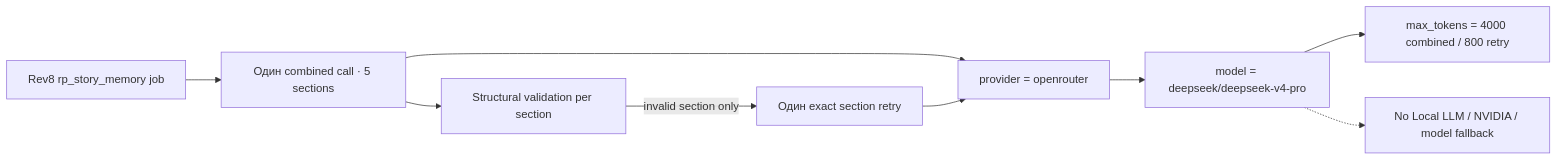
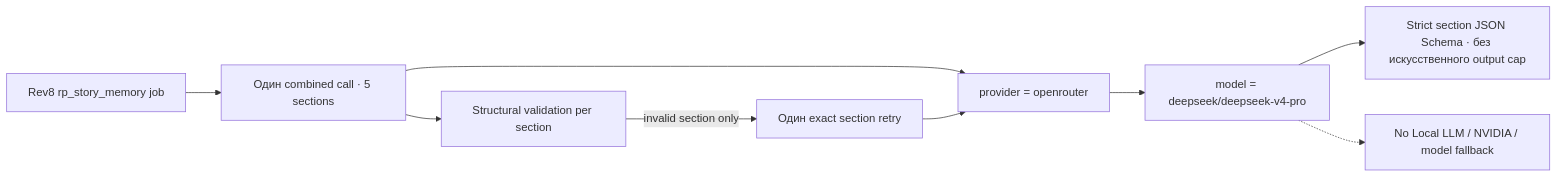
One commit to abykovwww-byte/ubuntu_ansible_palybooks changed the second of 4 diagrams in docs/wiki/06-models-and-providers.md. Above: the diagram before and after it, drawn with Mermaid. The commit also changed other lines of this file and 10 other files, not shown here.

````diff
--- a/docs/wiki/06-models-and-providers.md
+++ b/docs/wiki/06-models-and-providers.md
@@ -132,11 +132,11 @@
 ```mermaid
 flowchart LR
     J["Rev8 rp_story_memory job"] --> C["Один combined call · 5 sections"]
     C --> O["provider = openrouter"]
     O --> D["model = deepseek/deepseek-v4-pro"]
     C --> V["Structural validation per section"]
     V -->|"invalid section only"| R["Один exact section retry"]
     R --> O
-    D --> L["max_tokens = 4000 combined / 800 retry"]
+    D --> L["Strict section JSON Schema · без искусственного output cap"]
     D -.-> X["No Local LLM / NVIDIA / model fallback"]
 ```
````
